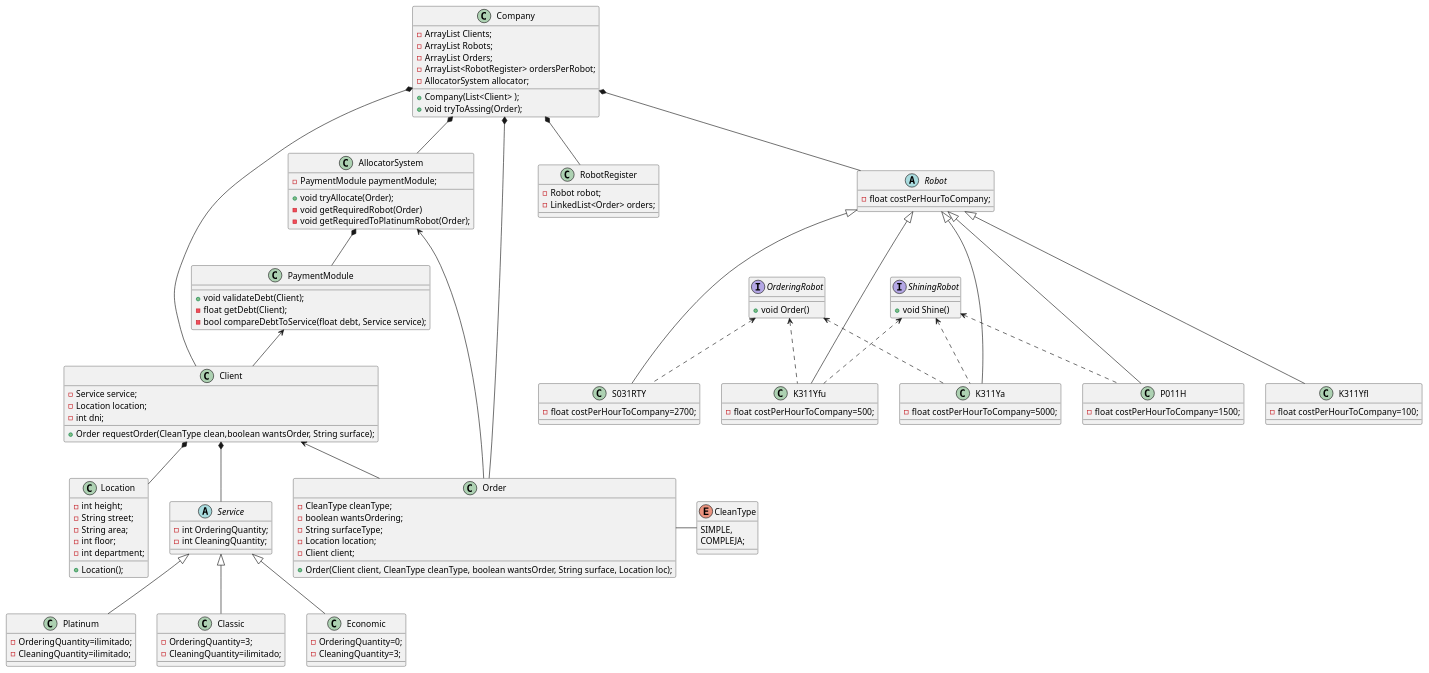
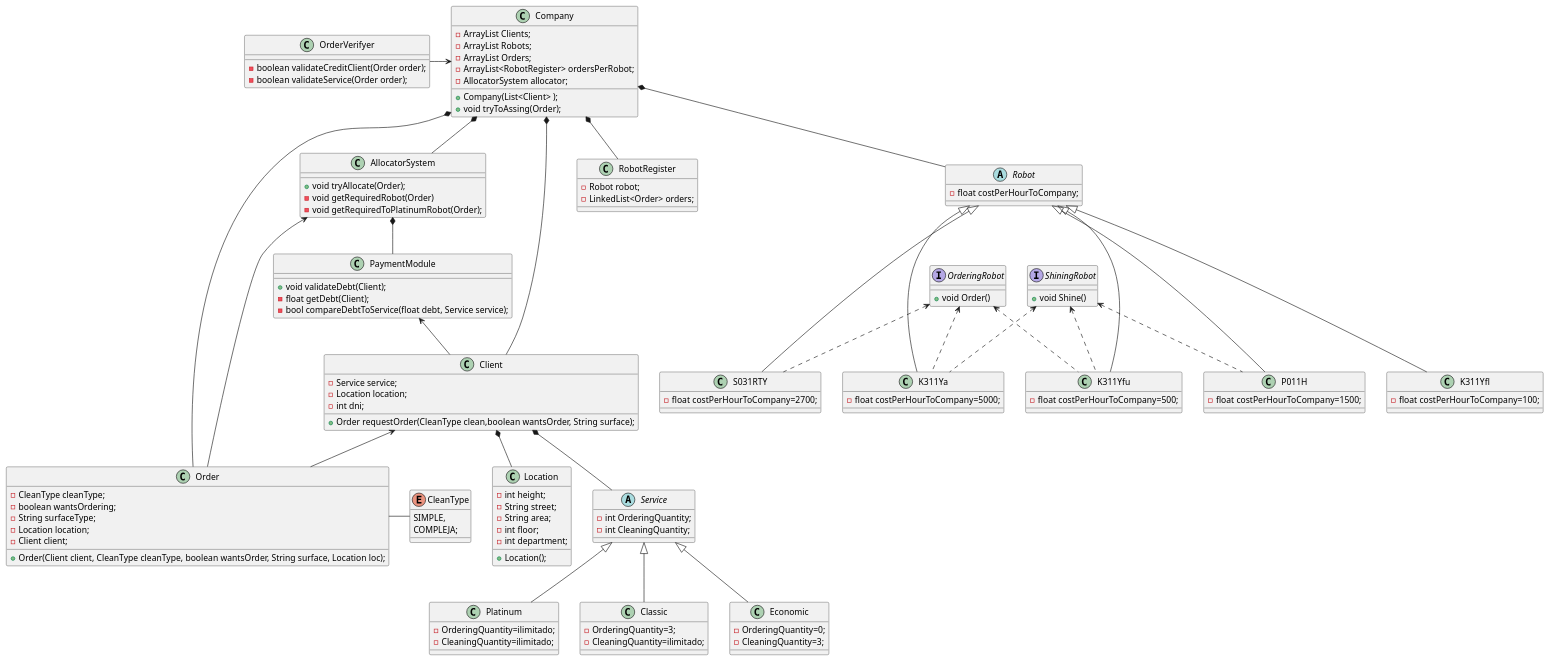
One commit to octex/tp-progIII-UTN-TSSI changed the diagram in src/main/Docs/Robotitos.puml. Above: the diagram before and after it, drawn with PlantUML. The commit also changed 1 other file, not shown here.

Commit message:
Actualizo Diagrama

```diff
--- a/src/main/Docs/Robotitos.puml
+++ b/src/main/Docs/Robotitos.puml
@@ -1,140 +1,144 @@
 @startuml
 'https://plantuml.com/class-diagram
 
 class Client {
     - Service service;
     - Location location;
     - int dni;
 
     + Order requestOrder(CleanType clean,boolean wantsOrder, String surface);
 }
 
 class Location{
     - int height;
     - String street;
     - String area;
     - int floor;
     - int department;
     + Location();
 }
 
 class RobotRegister{
     - Robot robot;
     - LinkedList<Order> orders;
 }
 
 abstract Robot{
     - float costPerHourToCompany;
 }
 class S031RTY{
     - float costPerHourToCompany=2700;
 }
 class K311Yfu{
     - float costPerHourToCompany=500;
 }
 class P011H{
     - float costPerHourToCompany=1500;
 }
 class K311Ya{
     - float costPerHourToCompany=5000;
 }
 class K311Yfl{
     - float costPerHourToCompany=100;
 }
 
 interface OrderingRobot{
     + void Order()
 }
 interface ShiningRobot{
     + void Shine()
 }
 
 abstract Service{
     - int OrderingQuantity;
     - int CleaningQuantity;
 }
 class Platinum{
     - OrderingQuantity=ilimitado;
     - CleaningQuantity=ilimitado;
 }
 class Classic{
     - OrderingQuantity=3;
     - CleaningQuantity=ilimitado;
 }
 
 class Economic{
     - OrderingQuantity=0;
     - CleaningQuantity=3;
 }
 
 class Company{
     - ArrayList Clients;
     - ArrayList Robots;
     - ArrayList Orders;
     - ArrayList<RobotRegister> ordersPerRobot;
     - AllocatorSystem allocator;
     + Company(List<Client> );
     + void tryToAssing(Order);
 }
 
 class Order{
     - CleanType cleanType;
     - boolean wantsOrdering;
     - String surfaceType;
     - Location location;
     - Client client;
 
     + Order(Client client, CleanType cleanType, boolean wantsOrder, String surface, Location loc);
 }
 enum CleanType{
     SIMPLE,
     COMPLEJA;
 }
 
 class AllocatorSystem{
-    - PaymentModule paymentModule;
     + void tryAllocate(Order);
     - void getRequiredRobot(Order)
     - void getRequiredToPlatinumRobot(Order);
+}
 
+class OrderVerifyer{
+    - boolean validateCreditClient(Order order);
+    - boolean validateService(Order order);
 }
 
 class PaymentModule{
     + void validateDebt(Client);
     - float getDebt(Client);
     - bool compareDebtToService(float debt, Service service);
 }
 
 
 AllocatorSystem*--PaymentModule
 PaymentModule<--Client
 Service <|-- Platinum
 Service <|-- Classic
 Service <|-- Economic
 
 Company *-- AllocatorSystem
 Company*-- Robot
 Company *-- Client
 Company *-- Order
 Company *-- RobotRegister
+Company <-left- OrderVerifyer
 
 Robot <|--- K311Yfl
 Robot <|--- K311Yfu
 Robot <|--- P011H
 Robot <|--- K311Ya
 Robot <|--- S031RTY
 
 ShiningRobot <.. K311Yfu
 ShiningRobot <.. P011H
 ShiningRobot <.. K311Ya
 OrderingRobot <.. K311Yfu
 OrderingRobot <.. K311Ya
 OrderingRobot <.. S031RTY
 
 Client *-- Service
 Client *-- Location
 
 Order- CleanType
 Client<--Order
 AllocatorSystem <-- Order
 @enduml
```
